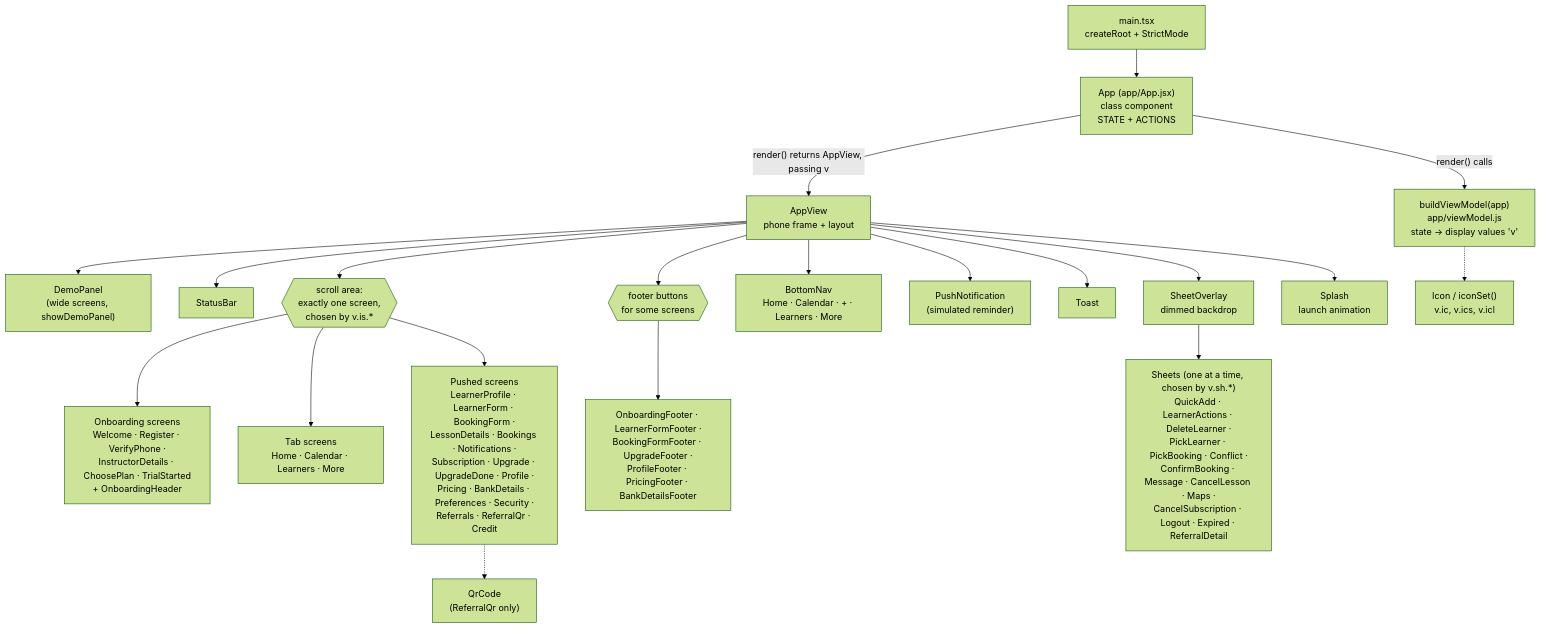
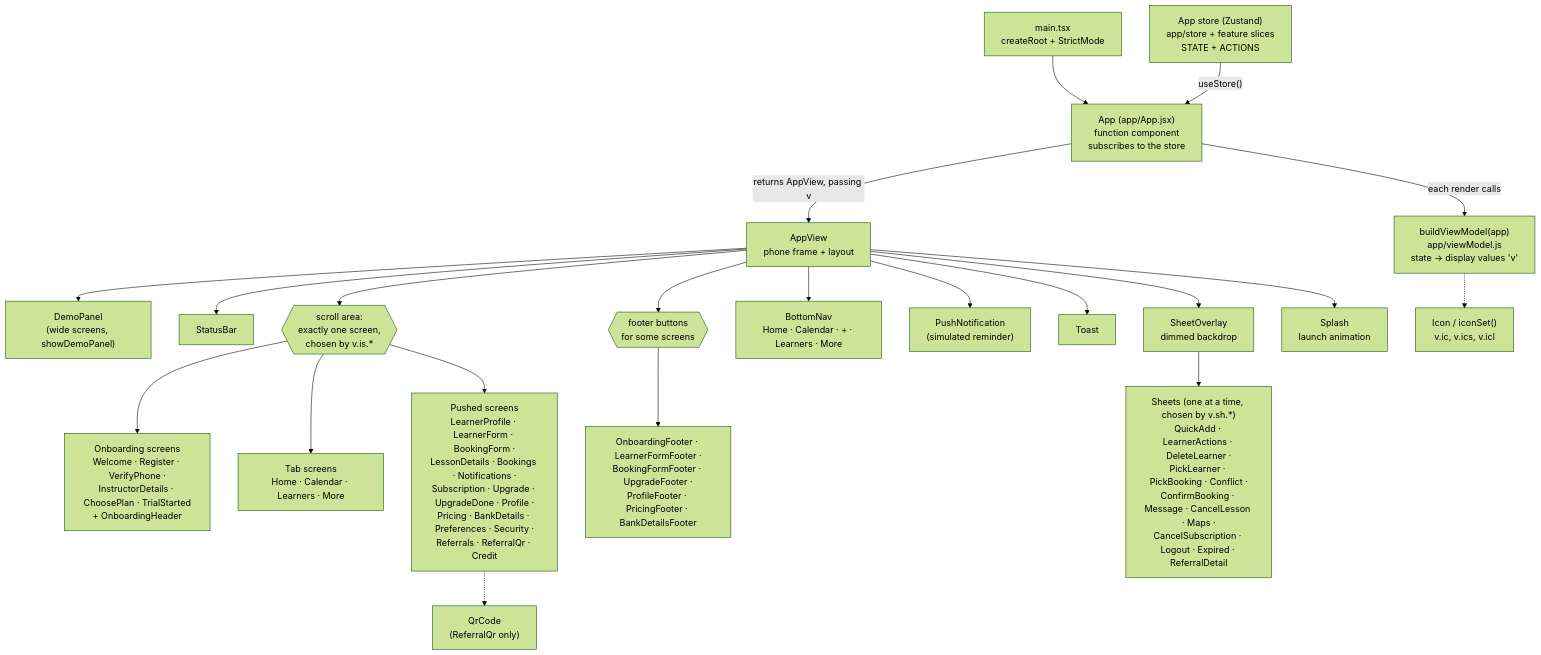
Before and after one commit to snehashisp/nexdrive: the third of 5 diagrams in docs/internal/component-diagram.md, drawn with Mermaid (forest theme). The commit also changed other lines of this file and 33 other files, not shown here.

First line of the commit message:
Replace the App class component with a Zustand store split into feature slices

````diff
--- a/docs/internal/component-diagram.md
+++ b/docs/internal/component-diagram.md
@@ -82,32 +82,33 @@
 ```mermaid
 flowchart TD
   MAIN["main.tsx<br/>createRoot + StrictMode"] --> APP
 
-  APP["App (app/App.jsx)<br/>class component<br/>STATE + ACTIONS"]
+  APP["App (app/App.jsx)<br/>function component<br/>subscribes to the store"]
   VM["buildViewModel(app)<br/>app/viewModel.js<br/>state → display values 'v'"]
-  APP -- "render() calls" --> VM
-  APP -- "render() returns AppView, passing v" --> VIEW
+  STORE["App store (Zustand)<br/>app/store + feature slices<br/>STATE + ACTIONS"] -- "useStore()" --> APP
+  APP -- "each render calls" --> VM
+  APP -- "returns AppView, passing v" --> VIEW
 
   VIEW["AppView<br/>phone frame + layout"]
 
   VIEW --> PANEL["DemoPanel<br/>(wide screens, showDemoPanel)"]
   VIEW --> STATUS["StatusBar"]
   VIEW --> SCROLL{{"scroll area:<br/>exactly one screen,<br/>chosen by v.is.*"}}
   VIEW --> FOOT{{"footer buttons<br/>for some screens"}}
   VIEW --> NAV["BottomNav<br/>Home · Calendar · + · Learners · More"]
   VIEW --> PUSH["PushNotification<br/>(simulated reminder)"]
   VIEW --> TOAST["Toast"]
   VIEW --> OVER["SheetOverlay<br/>dimmed backdrop"]
   VIEW --> SPLASH["Splash<br/>launch animation"]
 
   SCROLL --> OB["Onboarding screens<br/>Welcome · Register · VerifyPhone ·<br/>InstructorDetails · ChoosePlan · TrialStarted<br/>+ OnboardingHeader"]
   SCROLL --> MAINS["Tab screens<br/>Home · Calendar · Learners · More"]
   SCROLL --> DETAIL["Pushed screens<br/>LearnerProfile · LearnerForm · BookingForm ·<br/>LessonDetails · Bookings · Notifications ·<br/>Subscription · Upgrade · UpgradeDone · Profile ·<br/>Pricing · BankDetails · Preferences · Security ·<br/>Referrals · ReferralQr · Credit"]
 
   FOOT --> FOOTS["OnboardingFooter · LearnerFormFooter ·<br/>BookingFormFooter · UpgradeFooter ·<br/>ProfileFooter · PricingFooter · BankDetailsFooter"]
 
   OVER --> SHEETS["Sheets (one at a time, chosen by v.sh.*)<br/>QuickAdd · LearnerActions · DeleteLearner ·<br/>PickLearner · PickBooking · Conflict ·<br/>ConfirmBooking · Message · CancelLesson · Maps ·<br/>CancelSubscription · Logout · Expired · ReferralDetail"]
 
   DETAIL -.-> QR["QrCode<br/>(ReferralQr only)"]
   VM -.-> ICON["Icon / iconSet()<br/>v.ic, v.ics, v.icl"]
 ```
````
